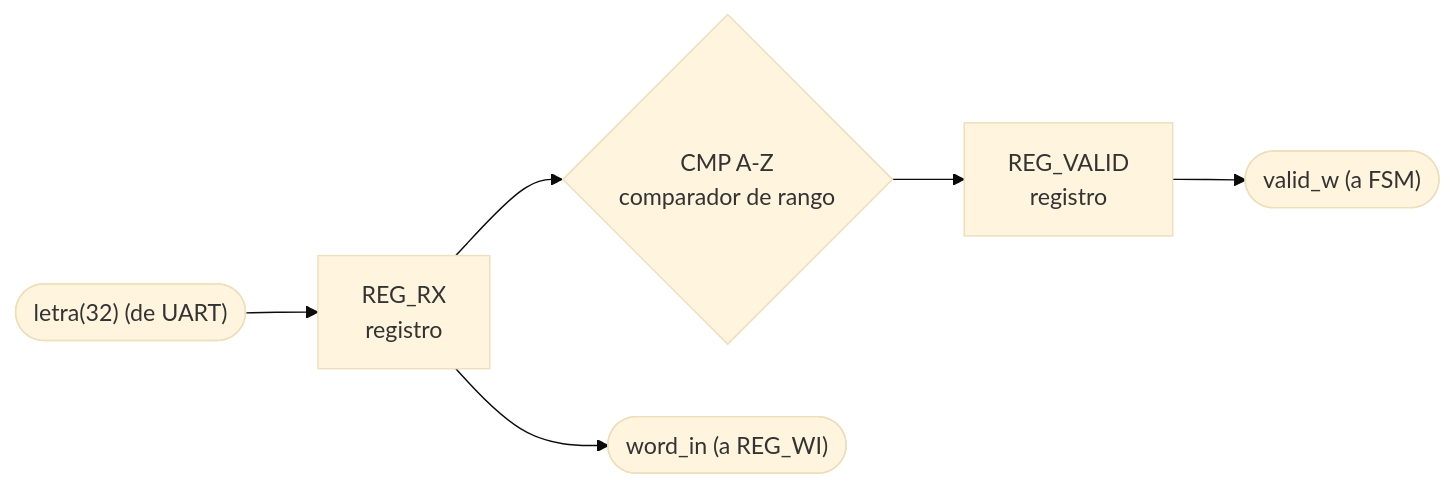
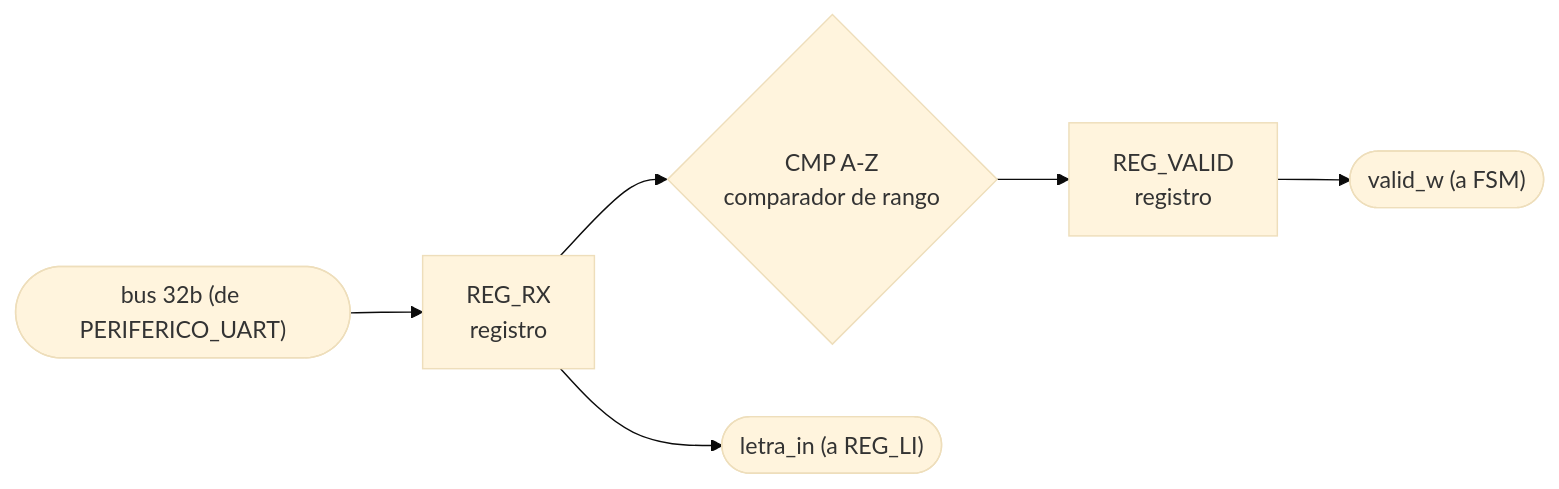
Before and after one commit to Taller-de-diseno-digital-GR01/Proyecto-2-Ahorcado: diagram 11 of 13 in docs/diseño/diagramas/nivel03.md, drawn with Mermaid (base theme). The commit also changed other lines of this file and 1 other file, not shown here.

````diff
--- a/docs/diseño/diagramas/nivel03.md
+++ b/docs/diseño/diagramas/nivel03.md
@@ -396,8 +426,8 @@
 ```mermaid
 flowchart LR
-    IN_LETRA(["letra(32) (de UART)"]) --> REG_RX["REG_RX<br/>registro"]
+    IN_BUS(["bus 32b (de PERIFERICO_UART)"]) --> REG_RX["REG_RX<br/>registro"]
     REG_RX --> CMP1{"CMP A-Z<br/>comparador de rango"}
     CMP1 --> REG_VALID["REG_VALID<br/>registro"]
-    REG_RX --> OUT_WIN(["word_in (a REG_WI)"])
+    REG_RX --> OUT_LETRA(["letra_in (a REG_LI)"])
     REG_VALID --> OUT_VALIDW(["valid_w (a FSM)"])
 ```
````
